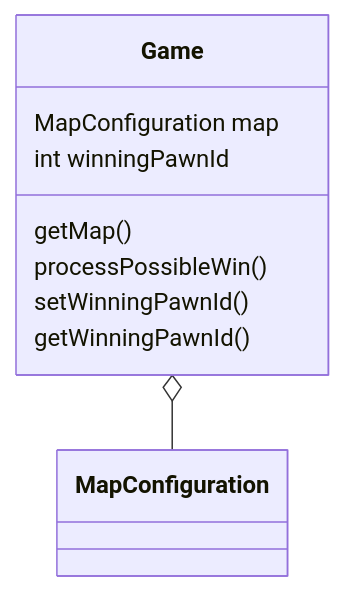
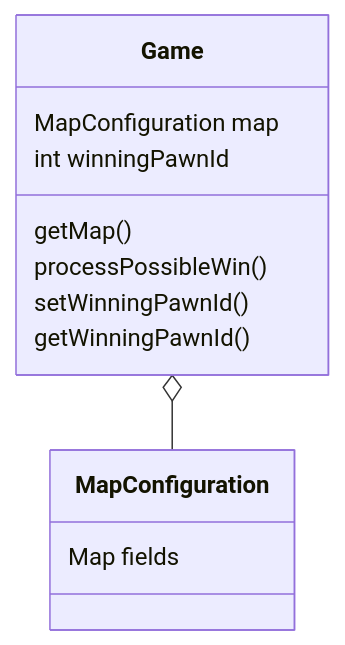
One commit to stijnlinderman/eldorado changed the second of 2 diagrams in ARCHITECTURE.md. Above: the diagram before and after it, drawn with Mermaid.

````diff
--- a/ARCHITECTURE.md
+++ b/ARCHITECTURE.md
@@ -13,10 +13,11 @@
 ```mermaid
 classDiagram
 	Game o-- MapConfiguration
 	Game : MapConfiguration map
 	Game : int winningPawnId
 	Game : getMap()
 	Game : processPossibleWin()
 	Game : setWinningPawnId()
 	Game : getWinningPawnId()
+	MapConfiguration : Map<String,Field> fields
 ```
````
